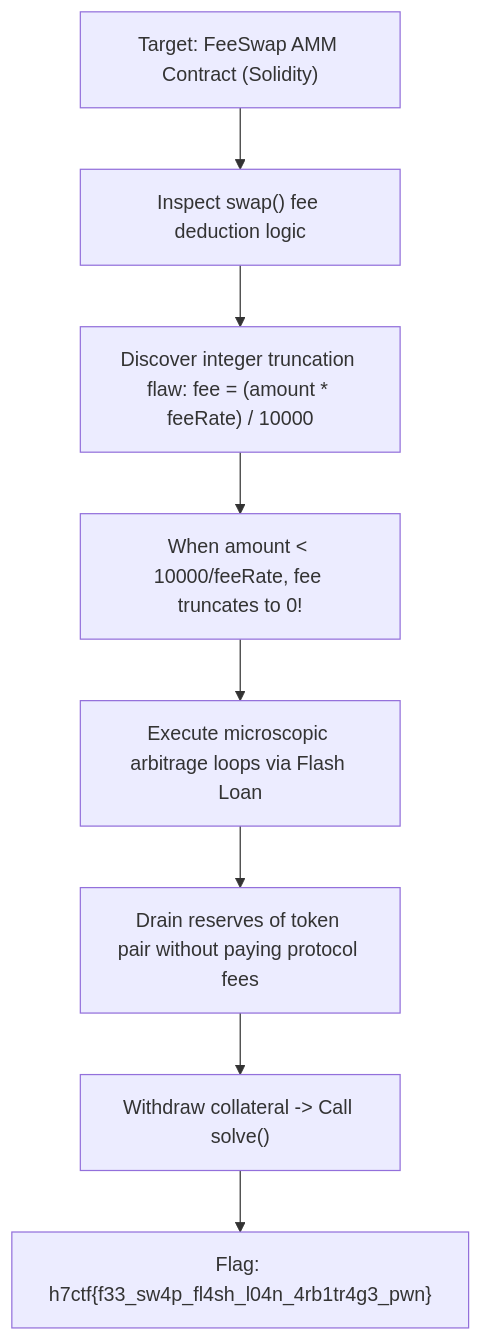
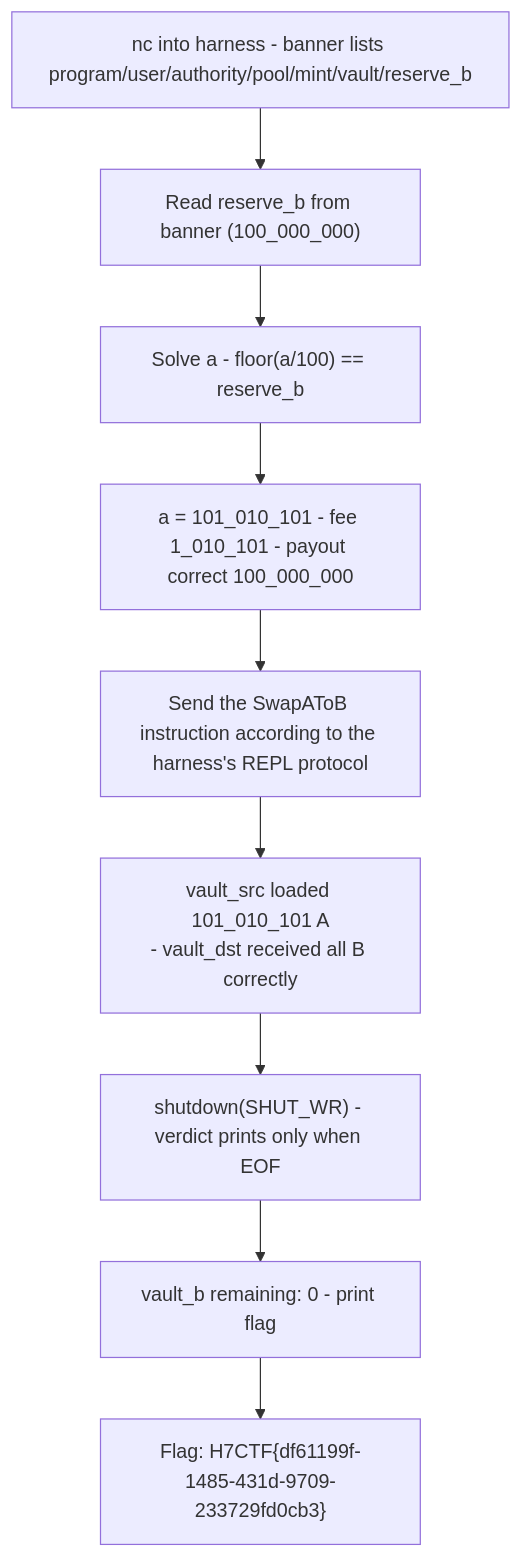
One commit to Lizamort1/ctf-writeups changed the second of 2 diagrams in _posts/2026-09-27-fee-swap.md. Above: the diagram before and after it, drawn with Mermaid. The commit also changed other lines of this file and 42 other files, not shown here.

Commit message:
fix: synchronize bilingual writeups and redraw diagrams

````diff
--- a/_posts/2026-09-27-fee-swap.md
+++ b/_posts/2026-09-27-fee-swap.md
@@ -116,10 +123,11 @@
 ```mermaid
 flowchart TD
-    A["Target: FeeSwap AMM Contract (Solidity)"] --> B["Inspect swap() fee deduction logic"]
-    B --> C["Discover integer truncation flaw: fee = (amount * feeRate) / 10000"]
-    C --> D["When amount < 10000/feeRate, fee truncates to 0!"]
-    D --> E["Execute microscopic arbitrage loops via Flash Loan"]
-    E --> F["Drain reserves of token pair without paying protocol fees"]
-    F --> G["Withdraw collateral -> Call solve()"]
-    G --> H["Flag: h7ctf{f33_sw4p_fl4sh_l04n_4rb1tr4g3_pwn}"]
+    A["nc into harness - banner lists program/user/authority/pool/mint/vault/reserve_b"] --> B["Read reserve_b from banner (100_000_000)"]
+    B --> C["Solve a - floor(a/100) == reserve_b"]
+    C --> D["a = 101_010_101 - fee 1_010_101 - payout correct 100_000_000"]
+    D --> E["Send the SwapAToB instruction according to the harness's REPL protocol"]
+    E --> F["vault_src loaded 101_010_101 A<br/>- vault_dst received all B correctly"]
+    F --> G["shutdown(SHUT_WR) - verdict prints only when EOF"]
+    G --> H["vault_b remaining: 0 - print flag"]
+    H --> I["Flag: H7CTF{df61199f-1485-431d-9709-233729fd0cb3}"]
 ```
````
